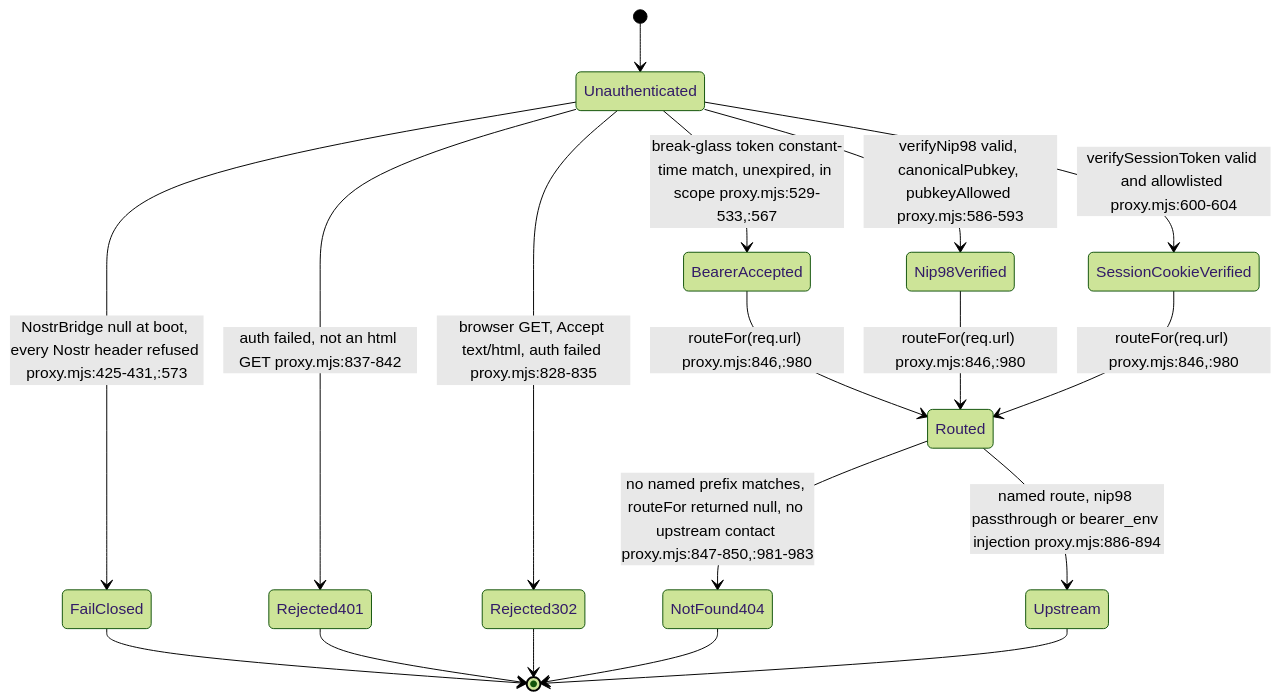
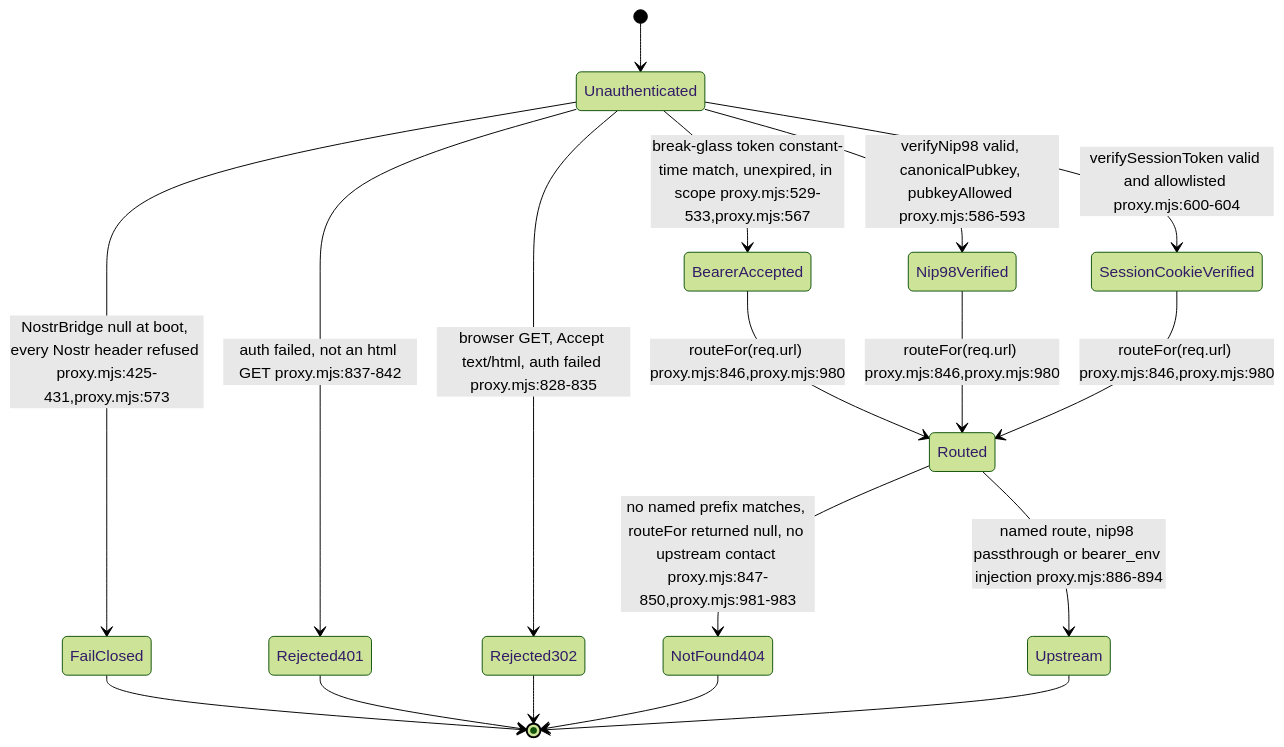
The fifth of 13 diagrams in docs/diagrams/agentbox/10-ingress-nip98-proxy-and-aoe.md (DreamLab-AI/VisionFlow), drawn with Mermaid (forest theme) before and after one commit. The commit also changed other lines of this file and 6 other files, not shown here.

First line of the commit message:
docs: align native session and ingress diagrams (#39)

````diff
--- a/docs/diagrams/agentbox/10-ingress-nip98-proxy-and-aoe.md
+++ b/docs/diagrams/agentbox/10-ingress-nip98-proxy-and-aoe.md
@@ -266,20 +266,20 @@
 ```mermaid
 stateDiagram-v2
     [*] --> Unauthenticated
-    Unauthenticated --> BearerAccepted: break-glass token constant-time match, unexpired, in scope proxy.mjs:529-533,:567
+    Unauthenticated --> BearerAccepted: break-glass token constant-time match, unexpired, in scope proxy.mjs:529-533,proxy.mjs:567
     Unauthenticated --> Nip98Verified: verifyNip98 valid, canonicalPubkey, pubkeyAllowed proxy.mjs:586-593
     Unauthenticated --> SessionCookieVerified: verifySessionToken valid and allowlisted proxy.mjs:600-604
     Unauthenticated --> Rejected302: browser GET, Accept text/html, auth failed proxy.mjs:828-835
     Unauthenticated --> Rejected401: auth failed, not an html GET proxy.mjs:837-842
-    Unauthenticated --> FailClosed: NostrBridge null at boot, every Nostr header refused proxy.mjs:425-431,:573
-    BearerAccepted --> Routed: routeFor(req.url) proxy.mjs:846,:980
-    Nip98Verified --> Routed: routeFor(req.url) proxy.mjs:846,:980
-    SessionCookieVerified --> Routed: routeFor(req.url) proxy.mjs:846,:980
+    Unauthenticated --> FailClosed: NostrBridge null at boot, every Nostr header refused proxy.mjs:425-431,proxy.mjs:573
+    BearerAccepted --> Routed: routeFor(req.url) proxy.mjs:846,proxy.mjs:980
+    Nip98Verified --> Routed: routeFor(req.url) proxy.mjs:846,proxy.mjs:980
+    SessionCookieVerified --> Routed: routeFor(req.url) proxy.mjs:846,proxy.mjs:980
     Routed --> Upstream: named route, nip98 passthrough or bearer_env injection proxy.mjs:886-894
-    Routed --> NotFound404: no named prefix matches, routeFor returned null, no upstream contact proxy.mjs:847-850,:981-983
+    Routed --> NotFound404: no named prefix matches, routeFor returned null, no upstream contact proxy.mjs:847-850,proxy.mjs:981-983
     FailClosed --> [*]
     Rejected401 --> [*]
     Rejected302 --> [*]
     NotFound404 --> [*]
     Upstream --> [*]
 ```
````
